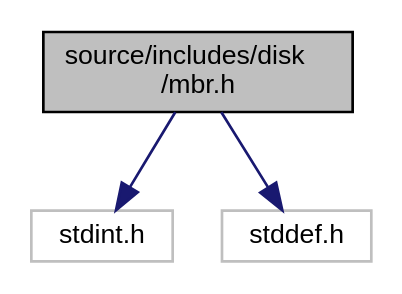
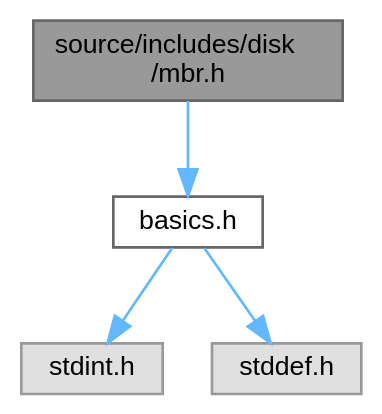
The diagram in mbr_8h__incl.dot (Frost-Wing/doxygen-docs), drawn with Graphviz before and after one commit. The commit also changed 1093 other files, not shown here.

```diff
--- a/mbr_8h__incl.dot
+++ b/mbr_8h__incl.dot
@@ -1,11 +1,14 @@
 digraph "source/includes/disk/mbr.h"
 {
  // LATEX_PDF_SIZE
-  edge [fontname="Helvetica",fontsize="10",labelfontname="Helvetica",labelfontsize="10"];
-  node [fontname="Helvetica",fontsize="10",shape=record];
-  Node1 [label="source/includes/disk\l/mbr.h",height=0.2,width=0.4,color="black", fillcolor="grey75", style="filled", fontcolor="black",tooltip=" "];
-  Node1 -> Node2 [color="midnightblue",fontsize="10",style="solid",fontname="Helvetica"];
-  Node2 [label="stdint.h",height=0.2,width=0.4,color="grey75", fillcolor="white", style="filled",tooltip=" "];
-  Node1 -> Node3 [color="midnightblue",fontsize="10",style="solid",fontname="Helvetica"];
-  Node3 [label="stddef.h",height=0.2,width=0.4,color="grey75", fillcolor="white", style="filled",tooltip=" "];
+  bgcolor="transparent";
+  edge [fontname=Helvetica,fontsize=10,labelfontname=Helvetica,labelfontsize=10];
+  node [fontname=Helvetica,fontsize=10,shape=box,height=0.2,width=0.4];
+  Node1 [id="Node000001",label="source/includes/disk\l/mbr.h",height=0.2,width=0.4,color="gray40", fillcolor="grey60", style="filled", fontcolor="black",tooltip="The header to read the LBA0 and check whether the disk is MBR."];
+  Node1 -> Node2 [id="edge1_Node000001_Node000002",color="steelblue1",style="solid",tooltip=" "];
+  Node2 [id="Node000002",label="basics.h",height=0.2,width=0.4,color="grey40", fillcolor="white", style="filled",URL="$basics_8h.html",tooltip="This is a basic header files with FrostWing specific short forms and basically a good for life header..."];
+  Node2 -> Node3 [id="edge2_Node000002_Node000003",color="steelblue1",style="solid",tooltip=" "];
+  Node3 [id="Node000003",label="stdint.h",height=0.2,width=0.4,color="grey60", fillcolor="#E0E0E0", style="filled",tooltip=" "];
+  Node2 -> Node4 [id="edge3_Node000002_Node000004",color="steelblue1",style="solid",tooltip=" "];
+  Node4 [id="Node000004",label="stddef.h",height=0.2,width=0.4,color="grey60", fillcolor="#E0E0E0", style="filled",tooltip=" "];
 }
```
